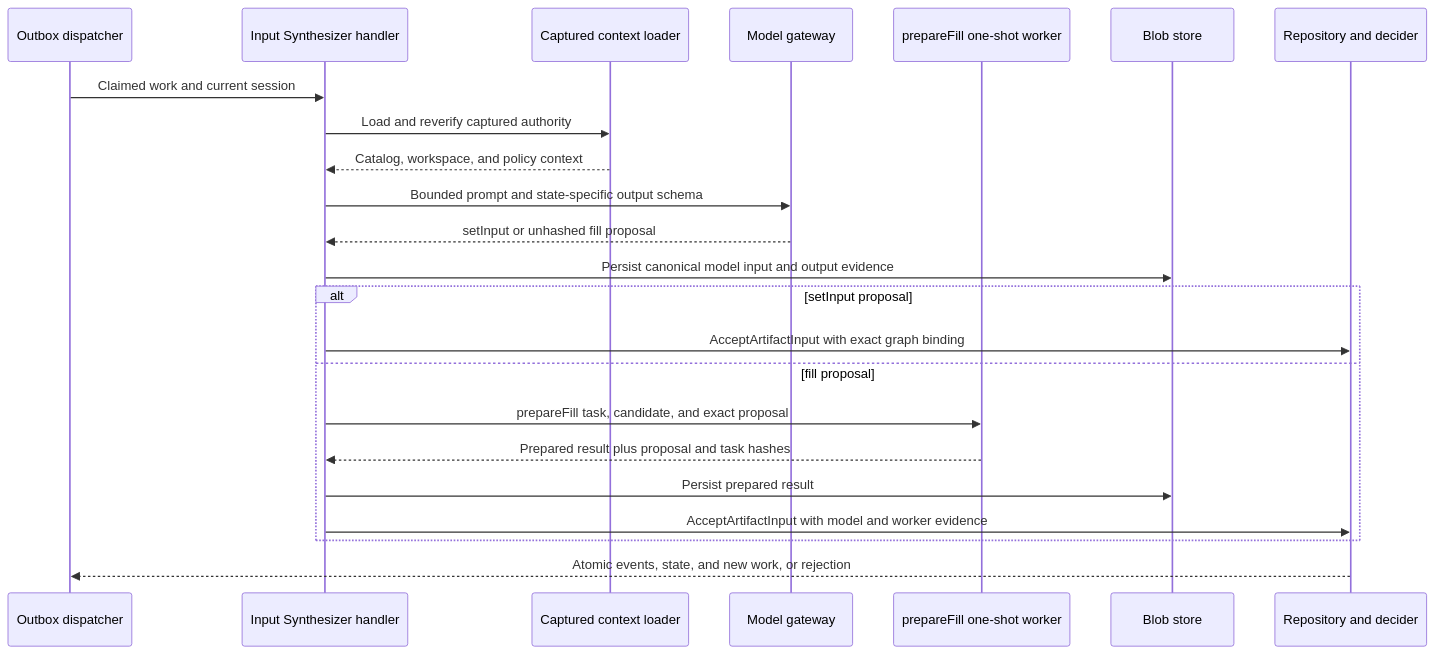
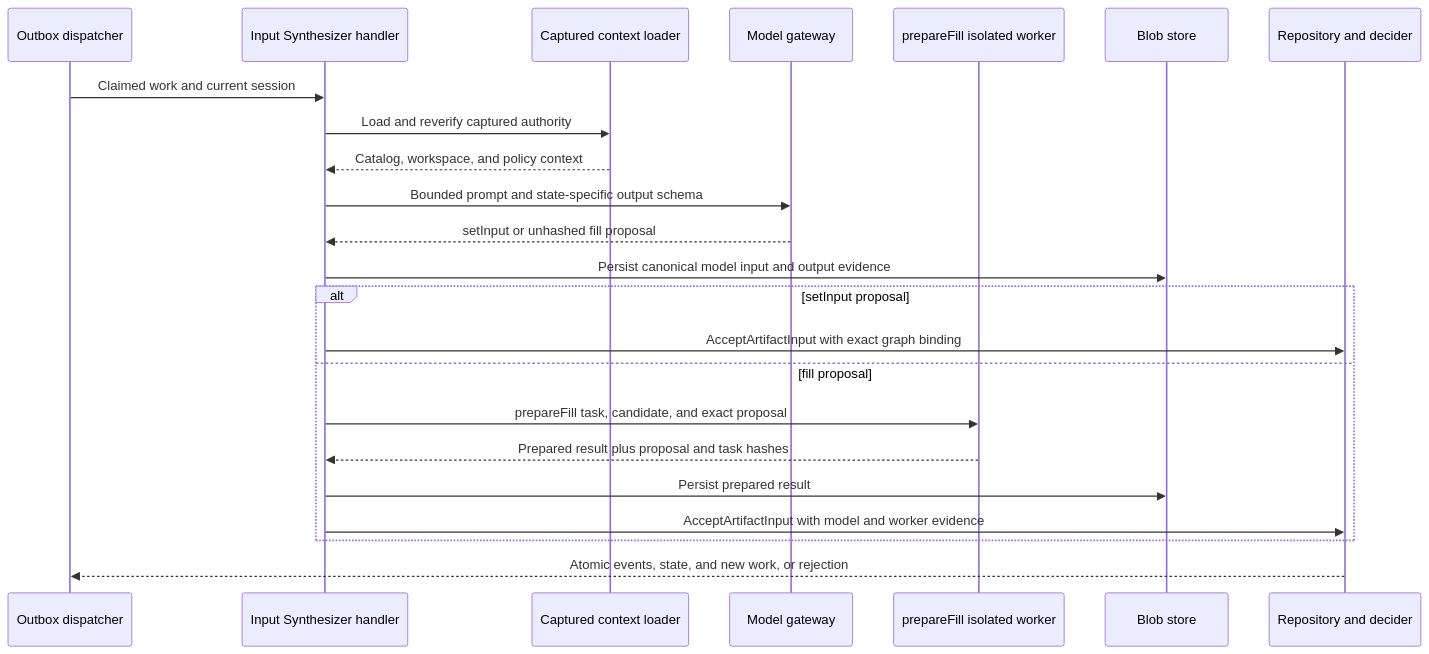
The fifth of 12 diagrams in docs/synthesis-workflow-technical-design.md (AndrewRLachance/synthesize-regions), drawn with Mermaid before and after one commit. The commit also changed other lines of this file and 73 other files, not shown here.

````diff
--- a/docs/synthesis-workflow-technical-design.md
+++ b/docs/synthesis-workflow-technical-design.md
@@ -656,26 +782,26 @@
 ```mermaid
 sequenceDiagram
   participant D as Outbox dispatcher
   participant H as Input Synthesizer handler
   participant C as Captured context loader
   participant M as Model gateway
-  participant W as prepareFill one-shot worker
+  participant W as prepareFill isolated worker
   participant B as Blob store
   participant R as Repository and decider
 
   D->>H: Claimed work and current session
   H->>C: Load and reverify captured authority
   C-->>H: Catalog, workspace, and policy context
   H->>M: Bounded prompt and state-specific output schema
   M-->>H: setInput or unhashed fill proposal
   H->>B: Persist canonical model input and output evidence
   alt setInput proposal
     H->>R: AcceptArtifactInput with exact graph binding
   else fill proposal
     H->>W: prepareFill task, candidate, and exact proposal
     W-->>H: Prepared result plus proposal and task hashes
     H->>B: Persist prepared result
     H->>R: AcceptArtifactInput with model and worker evidence
   end
   R-->>D: Atomic events, state, and new work, or rejection
 ```
````
